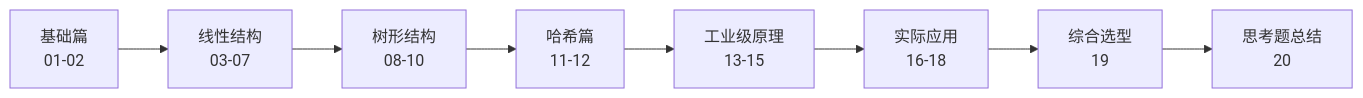
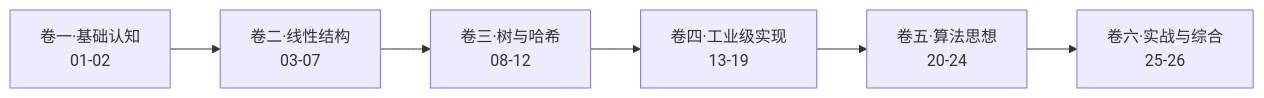
One commit to chongyang211/YCBookBlog changed the diagram in 00.通用技术的提升/08.数据结构算法/README.md. Above: the diagram before and after it, drawn with Mermaid. The commit also changed other lines of this file and 135 other files, not shown here.

````diff
--- a/00.通用技术的提升/08.数据结构算法/README.md
+++ b/00.通用技术的提升/08.数据结构算法/README.md
@@ -19,10 +19,8 @@
 ```mermaid
 flowchart LR
-    B[基础篇<br/>01-02] --> L[线性结构<br/>03-07]
-    L --> T[树形结构<br/>08-10]
-    T --> H[哈希篇<br/>11-12]
-    H --> I[工业级原理<br/>13-15]
-    I --> A[实际应用<br/>16-18]
-    A --> S[综合选型<br/>19]
-    S --> Q[思考题总结<br/>20]
+    V1[卷一·基础认知<br/>01-02] --> V2[卷二·线性结构<br/>03-07]
+    V2 --> V3[卷三·树与哈希<br/>08-12]
+    V3 --> V4[卷四·工业级实现<br/>13-19]
+    V4 --> V5[卷五·算法思想<br/>20-24]
+    V5 --> V6[卷六·实战与综合<br/>25-26]
 ```
````
